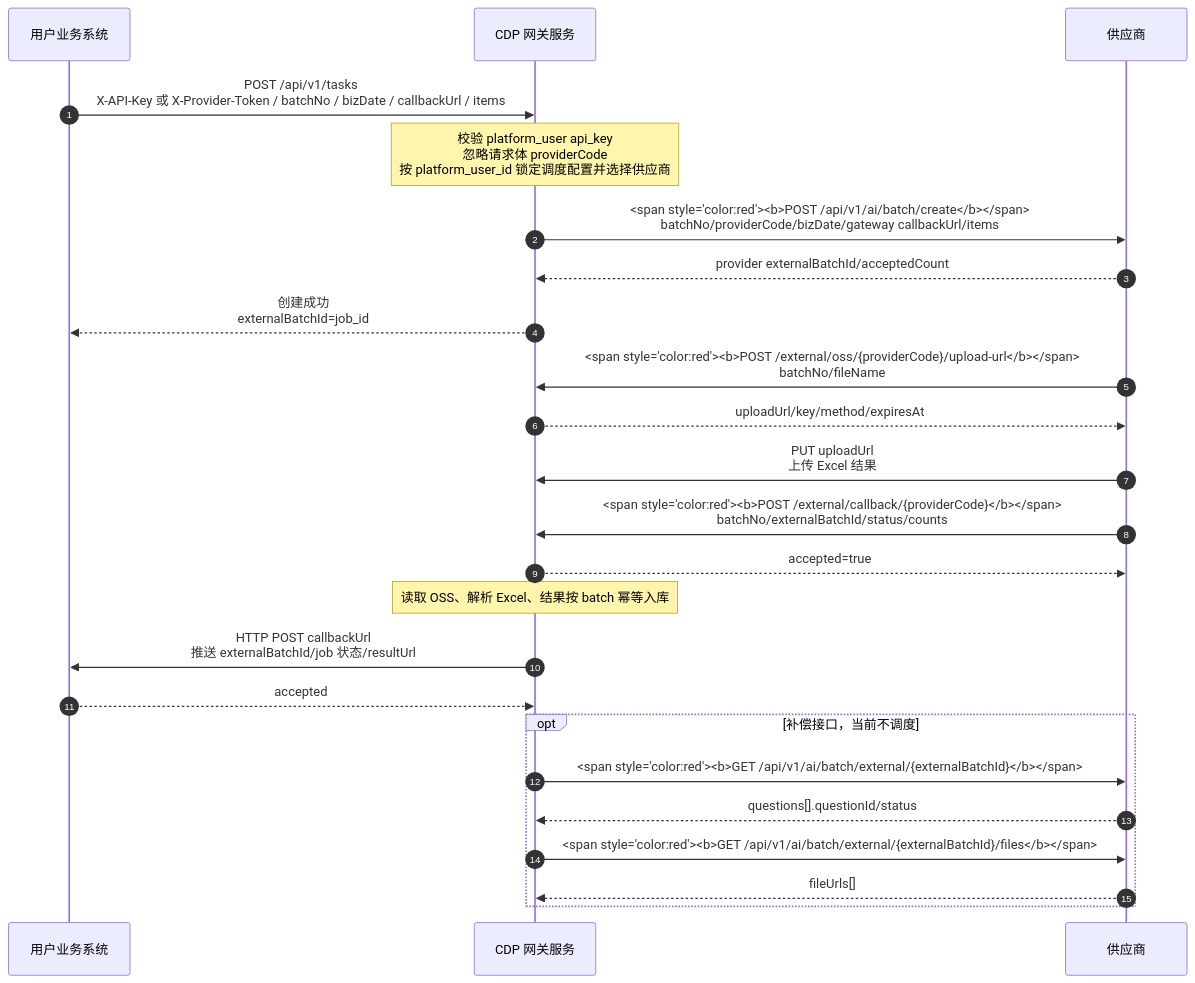
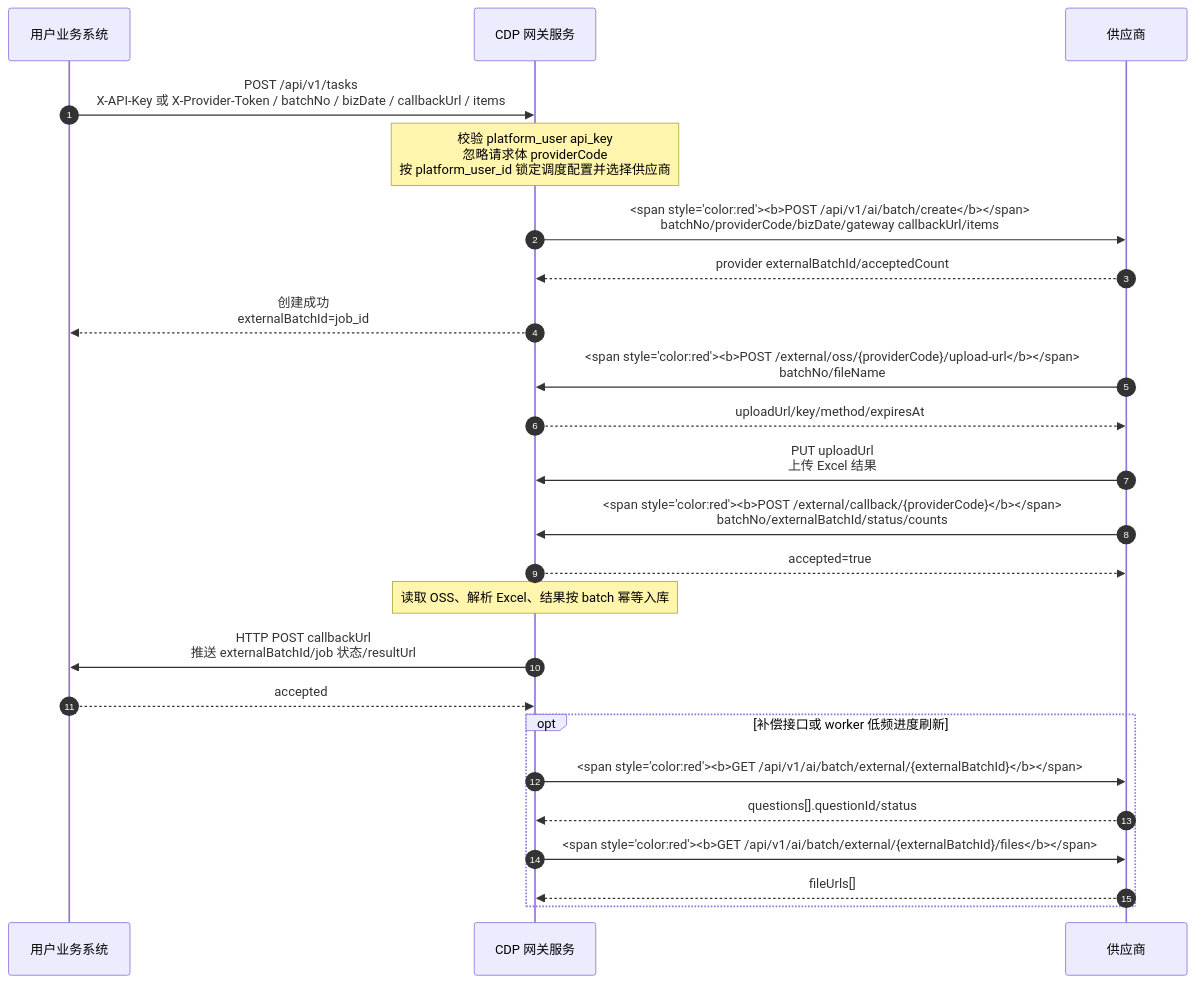
Before and after one commit to markzhang90/cdp-router: the diagram in docs/gateway-architecture.md, drawn with Mermaid. The commit also changed other lines of this file and 4 other files, not shown here.

````diff
--- a/docs/gateway-architecture.md
+++ b/docs/gateway-architecture.md
@@ -740,33 +739,33 @@
 ```mermaid
 sequenceDiagram
     autonumber
     participant User as 用户业务系统
     participant Gateway as CDP 网关服务
     participant Provider as 供应商
 
     User->>Gateway: POST /api/v1/tasks<br/>X-API-Key 或 X-Provider-Token / batchNo / bizDate / callbackUrl / items
     Note over Gateway: 校验 platform_user api_key<br/>忽略请求体 providerCode<br/>按 platform_user_id 锁定调度配置并选择供应商
 
     Gateway->>Provider: <span style="color:red"><b>POST /api/v1/ai/batch/create</b></span><br/>batchNo/providerCode/bizDate/gateway callbackUrl/items
     Provider-->>Gateway: provider externalBatchId/acceptedCount
     Gateway-->>User: 创建成功<br/>externalBatchId=job_id
 
     Provider->>Gateway: <span style="color:red"><b>POST /external/oss/{providerCode}/upload-url</b></span><br/>batchNo/fileName
     Gateway-->>Provider: uploadUrl/key/method/expiresAt
 
     Provider->>Gateway: PUT uploadUrl<br/>上传 Excel 结果
     Provider->>Gateway: <span style="color:red"><b>POST /external/callback/{providerCode}</b></span><br/>batchNo/externalBatchId/status/counts
     Gateway-->>Provider: accepted=true
 
     Note over Gateway: 读取 OSS、解析 Excel、结果按 batch 幂等入库
 
     Gateway->>User: HTTP POST callbackUrl<br/>推送 externalBatchId/job 状态/resultUrl
     User-->>Gateway: accepted
 
-    opt 补偿接口，当前不调度
+    opt 补偿接口或 worker 低频进度刷新
         Gateway->>Provider: <span style="color:red"><b>GET /api/v1/ai/batch/external/{externalBatchId}</b></span>
         Provider-->>Gateway: questions[].questionId/status
         Gateway->>Provider: <span style="color:red"><b>GET /api/v1/ai/batch/external/{externalBatchId}/files</b></span>
         Provider-->>Gateway: fileUrls[]
     end
 ```
````
